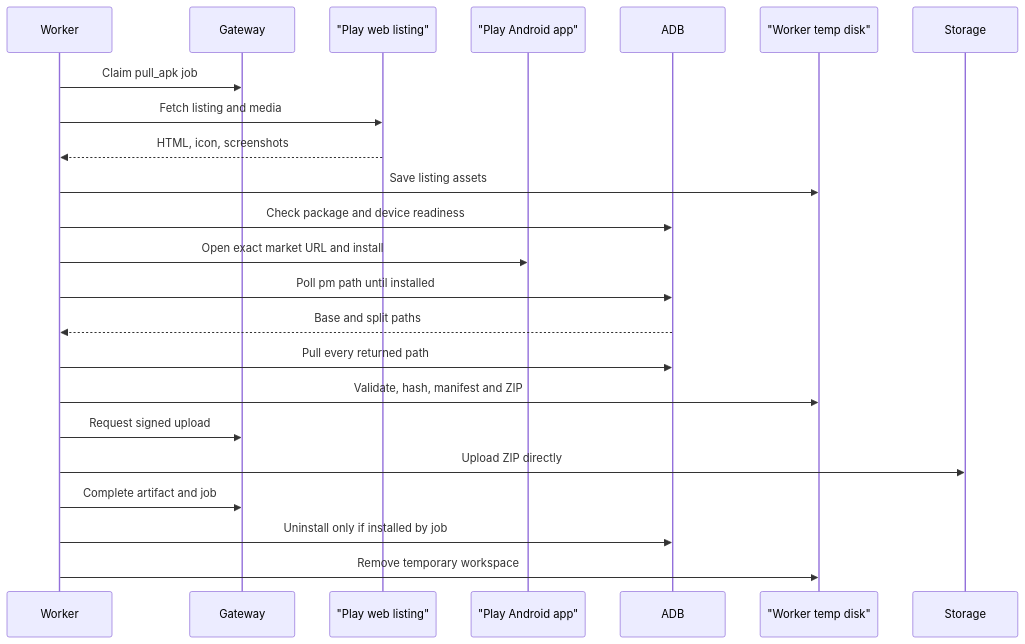
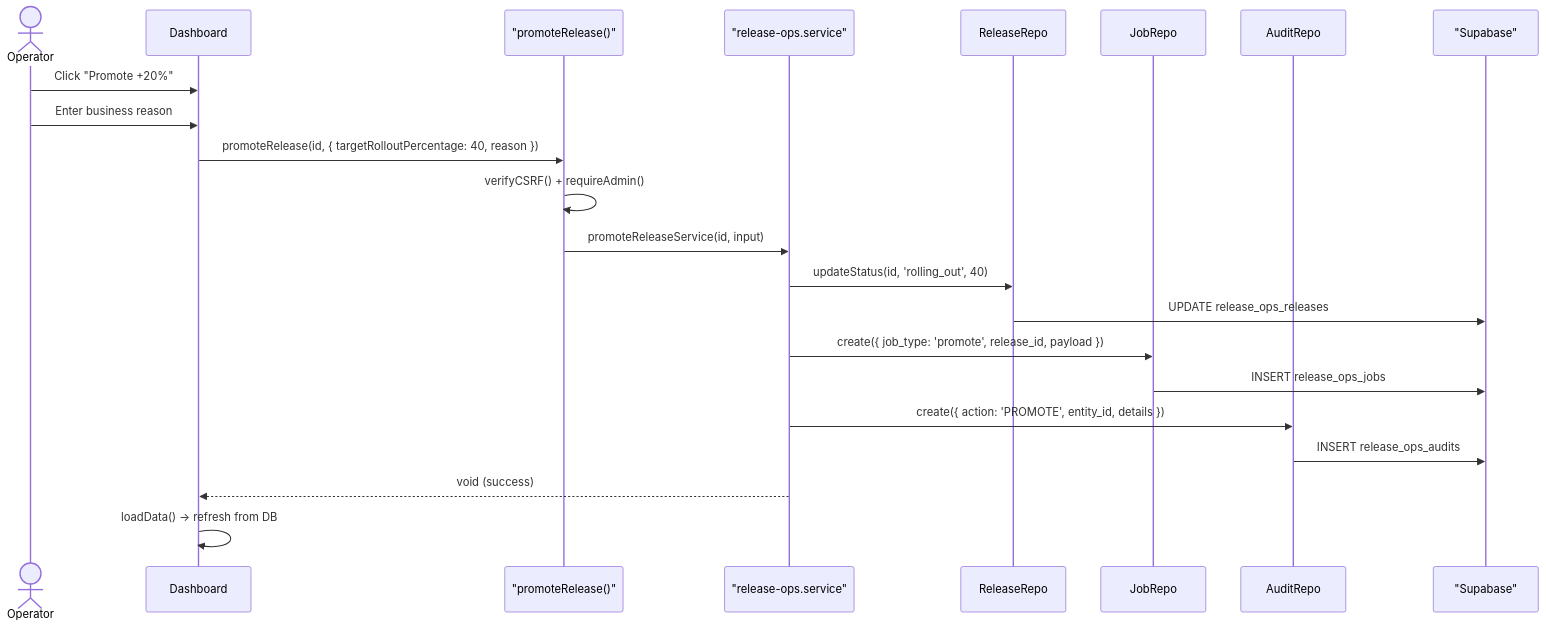
Before and after one commit to daclong120-del/app-relay: the eighth of 11 diagrams in ARCHITECTURE_MASTER.md, drawn with Mermaid. The commit also changed other lines of this file and 16 other files, not shown here.

````diff
--- a/ARCHITECTURE_MASTER.md
+++ b/ARCHITECTURE_MASTER.md
@@ -975,26 +905,25 @@
 ```mermaid
 sequenceDiagram
-    participant Worker
-    participant Gateway
-    participant PlayWeb as "Play web listing"
-    participant PlayApp as "Play Android app"
-    participant ADB
-    participant Disk as "Worker temp disk"
-    participant Storage
+    actor Operator
+    participant Dashboard
+    participant Action as "promoteRelease()"
+    participant Service as "release-ops.service"
+    participant ReleaseRepo
+    participant JobRepo
+    participant AuditRepo
+    participant DB as "Supabase"
 
-    Worker->>Gateway: Claim pull_apk job
-    Worker->>PlayWeb: Fetch listing and media
-    PlayWeb-->>Worker: HTML, icon, screenshots
-    Worker->>Disk: Save listing assets
-    Worker->>ADB: Check package and device readiness
-    Worker->>PlayApp: Open exact market URL and install
-    Worker->>ADB: Poll pm path until installed
-    ADB-->>Worker: Base and split paths
-    Worker->>ADB: Pull every returned path
-    Worker->>Disk: Validate, hash, manifest and ZIP
-    Worker->>Gateway: Request signed upload
-    Worker->>Storage: Upload ZIP directly
-    Worker->>Gateway: Complete artifact and job
-    Worker->>ADB: Uninstall only if installed by job
-    Worker->>Disk: Remove temporary workspace
+    Operator->>Dashboard: Click "Promote +20%"
+    Operator->>Dashboard: Enter business reason
+    Dashboard->>Action: promoteRelease(id, { targetRolloutPercentage: 40, reason })
+    Action->>Action: verifyCSRF() + requireAdmin()
+    Action->>Service: promoteReleaseService(id, input)
+    Service->>ReleaseRepo: updateStatus(id, 'rolling_out', 40)
+    ReleaseRepo->>DB: UPDATE release_ops_releases
+    Service->>JobRepo: create({ job_type: 'promote', release_id, payload })
+    JobRepo->>DB: INSERT release_ops_jobs
+    Service->>AuditRepo: create({ action: 'PROMOTE', entity_id, details })
+    AuditRepo->>DB: INSERT release_ops_audits
+    Service-->>Dashboard: void (success)
+    Dashboard->>Dashboard: loadData() → refresh from DB
 ```
````
